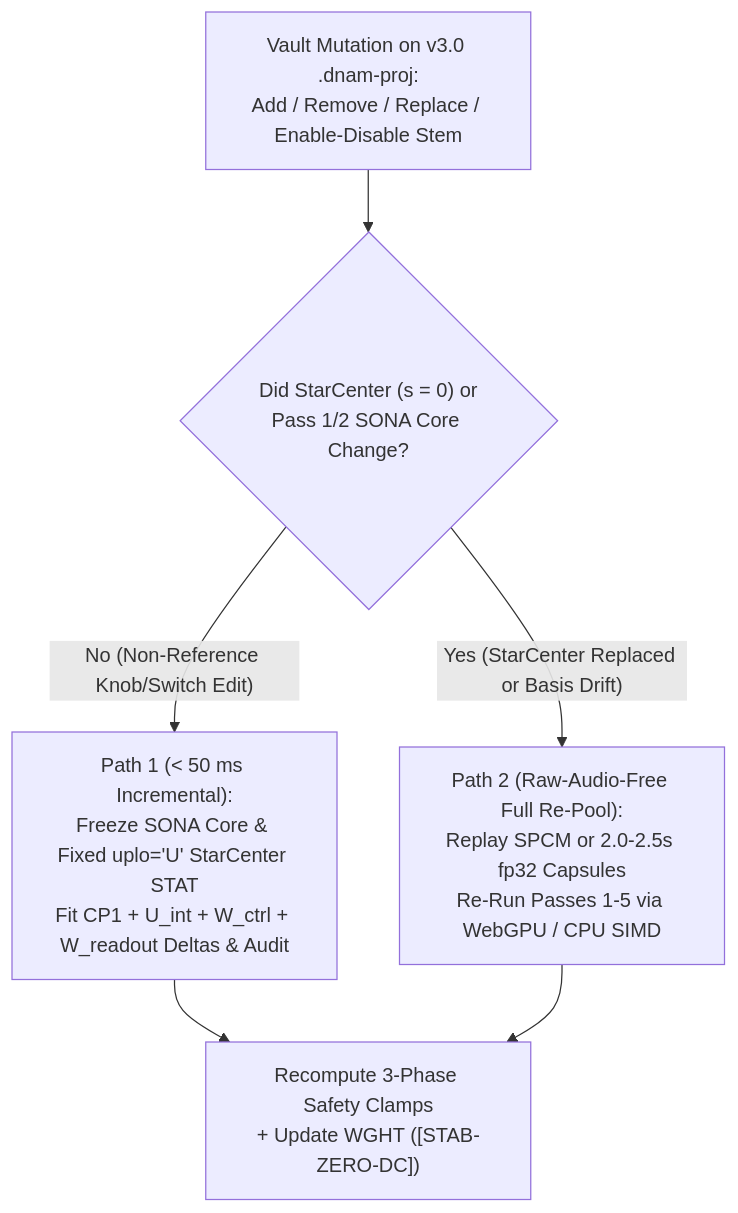
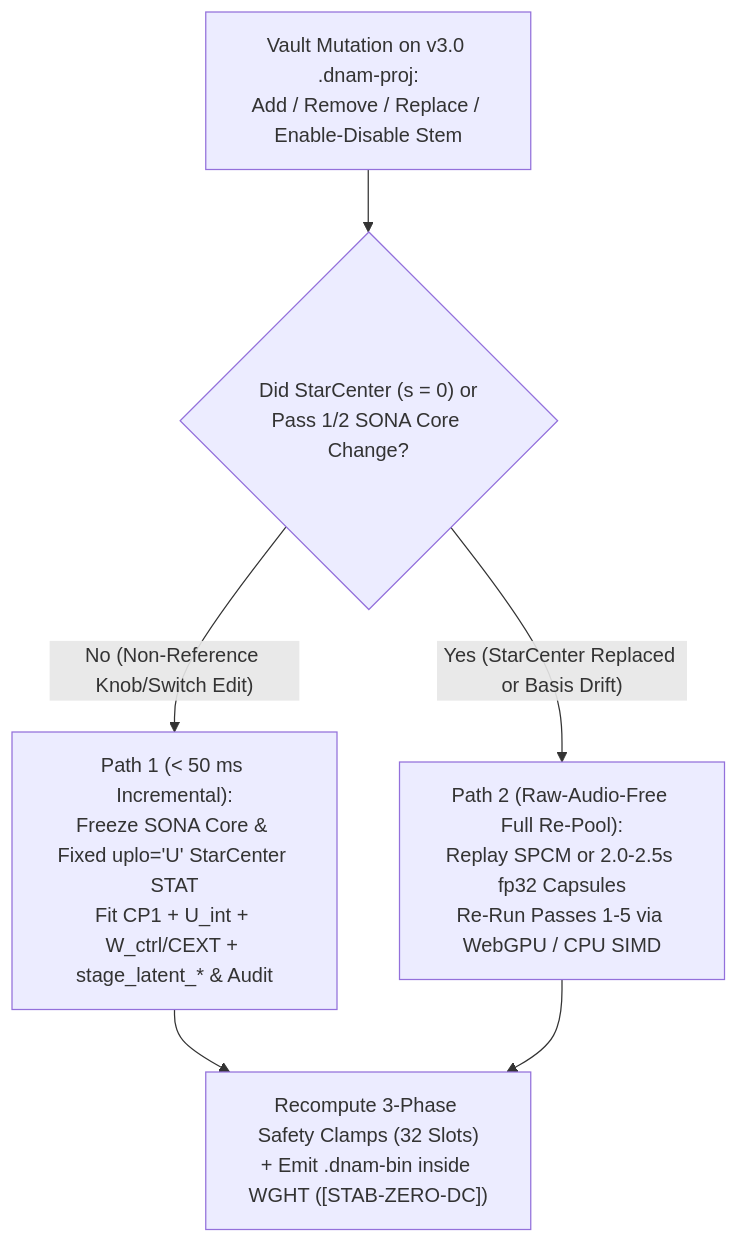
The diagram in docs/specs/training/iterative_resume_and_caching.md (mokugen/dnam), drawn with Mermaid before and after one commit. The commit also changed other lines of this file and 11 other files, not shown here.

````diff
--- a/docs/specs/training/iterative_resume_and_caching.md
+++ b/docs/specs/training/iterative_resume_and_caching.md
@@ -32,8 +32,8 @@
 ```mermaid
 flowchart TD
     Edit["Vault Mutation on v3.0 .dnam-proj:<br/>Add / Remove / Replace / Enable-Disable Stem"] --> Gate{"Did StarCenter (s = 0) or<br/>Pass 1/2 SONA Core Change?"}
-    Gate -- "No (Non-Reference Knob/Switch Edit)" --> Fast["Path 1 (< 50 ms Incremental):<br/>Freeze SONA Core & Fixed uplo='U' StarCenter STAT<br/>Fit CP1 + U_int + W_ctrl + W_readout Deltas & Audit"]
+    Gate -- "No (Non-Reference Knob/Switch Edit)" --> Fast["Path 1 (< 50 ms Incremental):<br/>Freeze SONA Core & Fixed uplo='U' StarCenter STAT<br/>Fit CP1 + U_int + W_ctrl/CEXT + stage_latent_* & Audit"]
     Gate -- "Yes (StarCenter Replaced or Basis Drift)" --> Full["Path 2 (Raw-Audio-Free Full Re-Pool):<br/>Replay SPCM or 2.0-2.5s fp32 Capsules<br/>Re-Run Passes 1-5 via WebGPU / CPU SIMD"]
-    Fast --> Audit["Recompute 3-Phase Safety Clamps<br/>+ Update WGHT ([STAB-ZERO-DC])"]
+    Fast --> Audit["Recompute 3-Phase Safety Clamps (32 Slots)<br/>+ Emit .dnam-bin inside WGHT ([STAB-ZERO-DC])"]
     Full --> Audit
 ```
````
